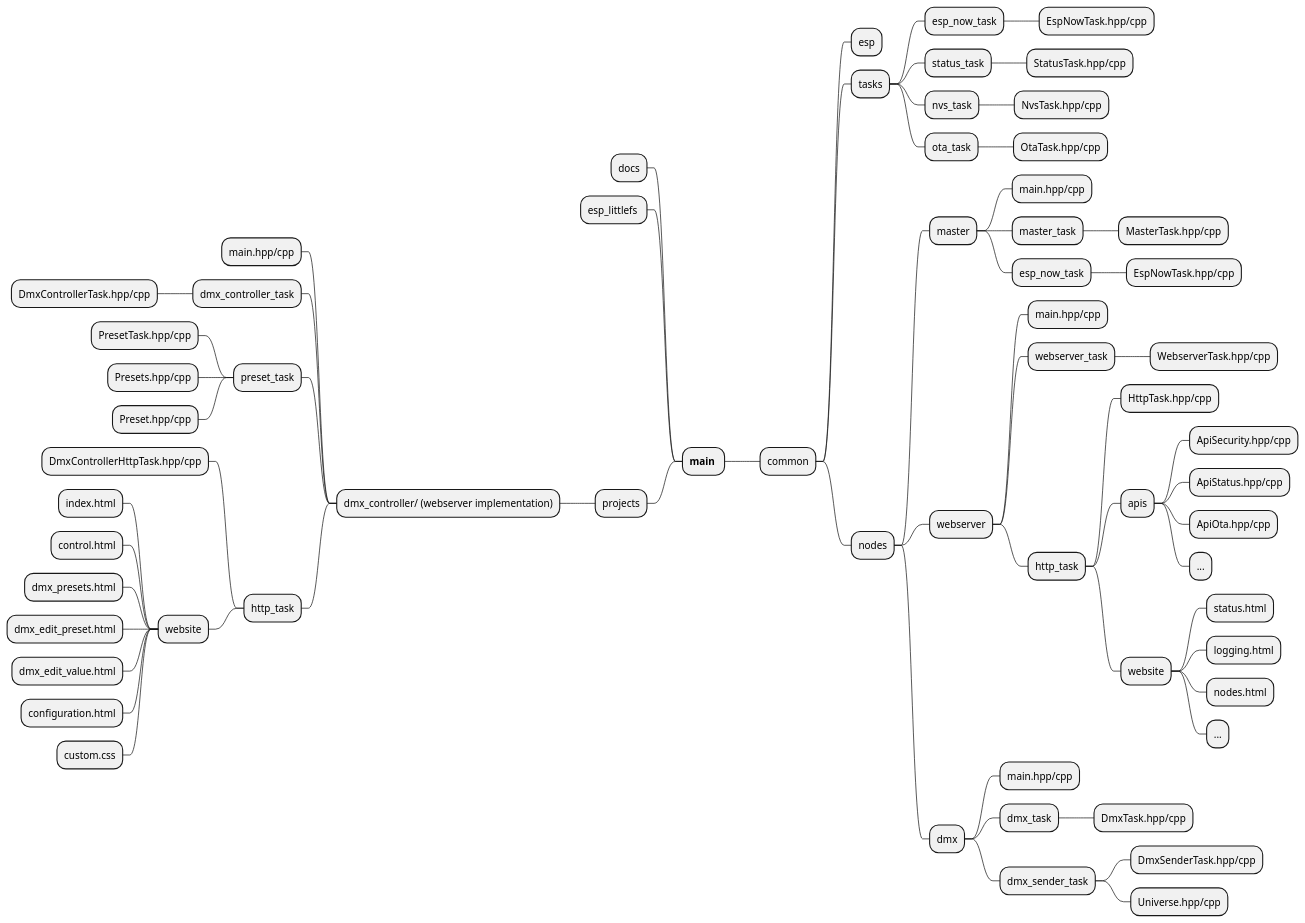
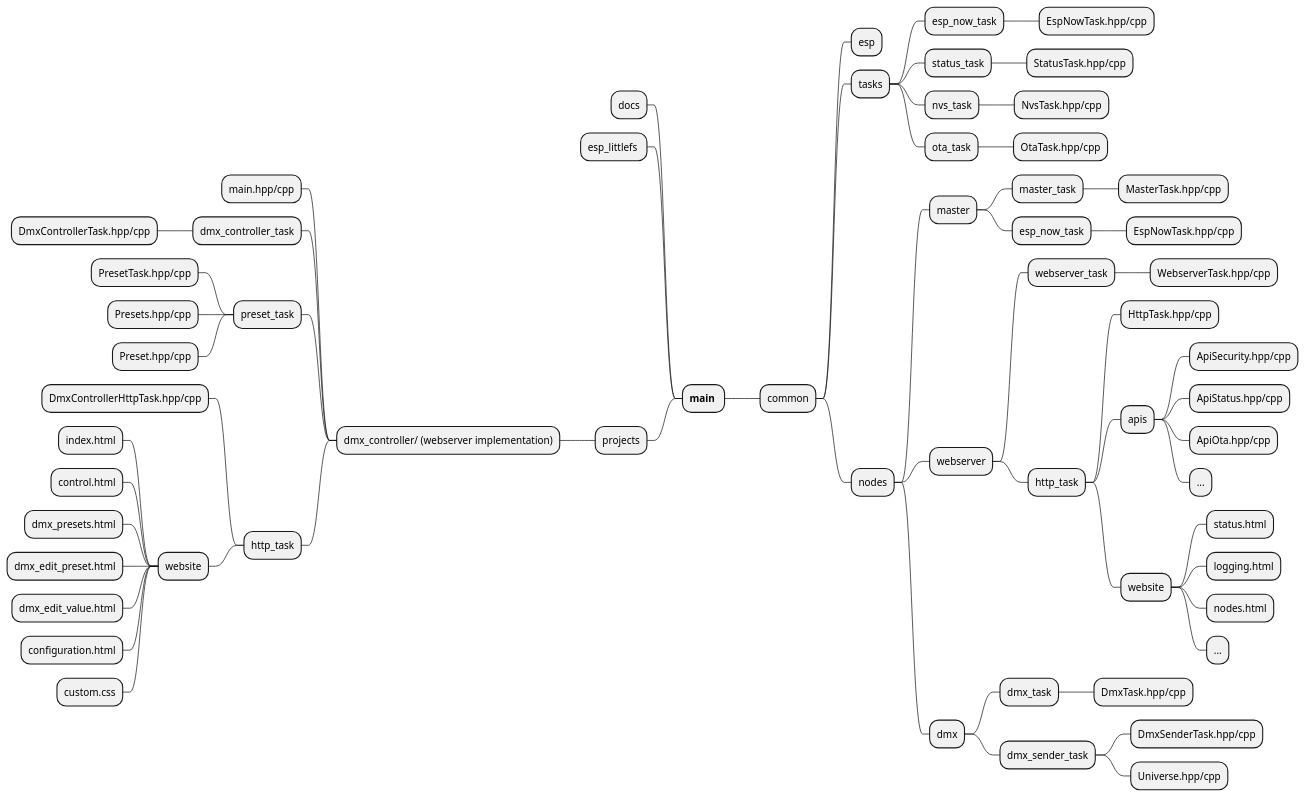
Before and after one commit to michelkeijzers/Esp32Framework: the diagram in docs/folder_structure.puml, drawn with PlantUML. The commit also changed 15 other files, not shown here.

```diff
--- a/docs/folder_structure.puml
+++ b/docs/folder_structure.puml
@@ -2,81 +2,78 @@
 @startmindmap
 
 * **main** 
 -- docs
 -- esp_littlefs 
 ** common
 *** esp
 ' **** esp_error
 ' ***** esp_error_if.hpp
 ' **** esp_filesystem
 ' ***** esp_littlefs_if.h
 ' ***** esp_spiffs-if.h   
 ' ***** IEspLittleFs.hpp
 ' ***** EspLittleFs.hpp/cpp
 ' **** esp_http_server
 ' **** esp_now
 ' **** esp_logger
 ' **** esp_nvs
 *** tasks
 **** esp_now_task
 ***** EspNowTask.hpp/cpp
 **** status_task
 ***** StatusTask.hpp/cpp
 **** nvs_task
 ***** NvsTask.hpp/cpp
 **** ota_task
 ***** OtaTask.hpp/cpp
 *** nodes
 **** master
-***** main.hpp/cpp
 ***** master_task
 ****** MasterTask.hpp/cpp
 ***** esp_now_task
 ****** EspNowTask.hpp/cpp
 **** webserver
-***** main.hpp/cpp
 ***** webserver_task
 ****** WebserverTask.hpp/cpp
 ***** http_task
 ****** HttpTask.hpp/cpp
 ****** apis
 ******* ApiSecurity.hpp/cpp
 ******* ApiStatus.hpp/cpp
 ******* ApiOta.hpp/cpp
 ******* ...
 ****** website
 ******* status.html
 ******* logging.html
 ******* nodes.html
 ******* ...
 **** dmx
-***** main.hpp/cpp
 ***** dmx_task
 ****** DmxTask.hpp/cpp
 ***** dmx_sender_task
 ****** DmxSenderTask.hpp/cpp
 ****** Universe.hpp/cpp
 
 -- projects
 --- dmx_controller/ (webserver implementation)
 ---- main.hpp/cpp
 ---- dmx_controller_task
 ----- DmxControllerTask.hpp/cpp
 ---- preset_task
 ----- PresetTask.hpp/cpp
 ----- Presets.hpp/cpp
 ----- Preset.hpp/cpp
 ---- http_task
 ----- DmxControllerHttpTask.hpp/cpp
 ----- website
 ------ index.html
 ------ control.html
 ------ dmx_presets.html
 ------ dmx_edit_preset.html
 ------ dmx_edit_value.html
 ------ configuration.html
 ------ custom.css
 
 
 
 @endmindmap
```
